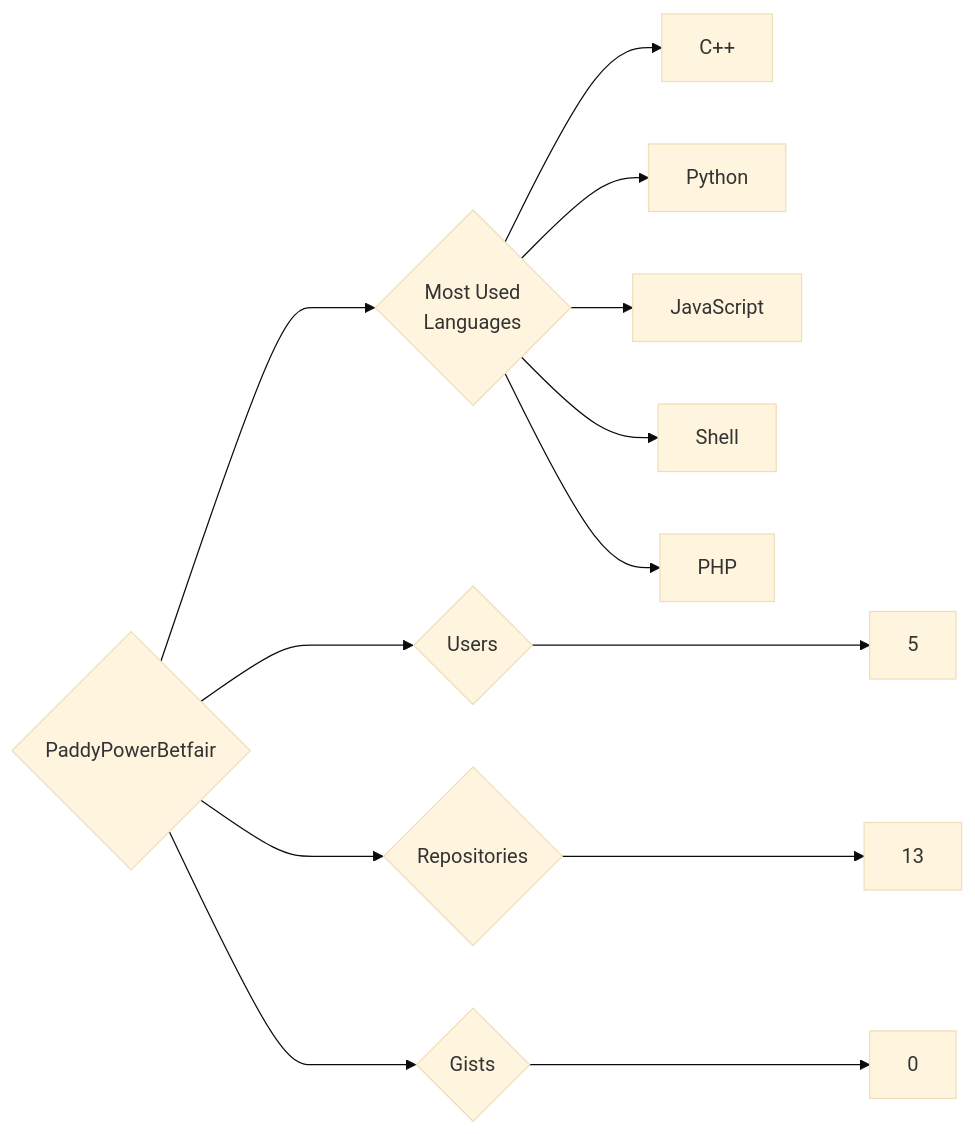
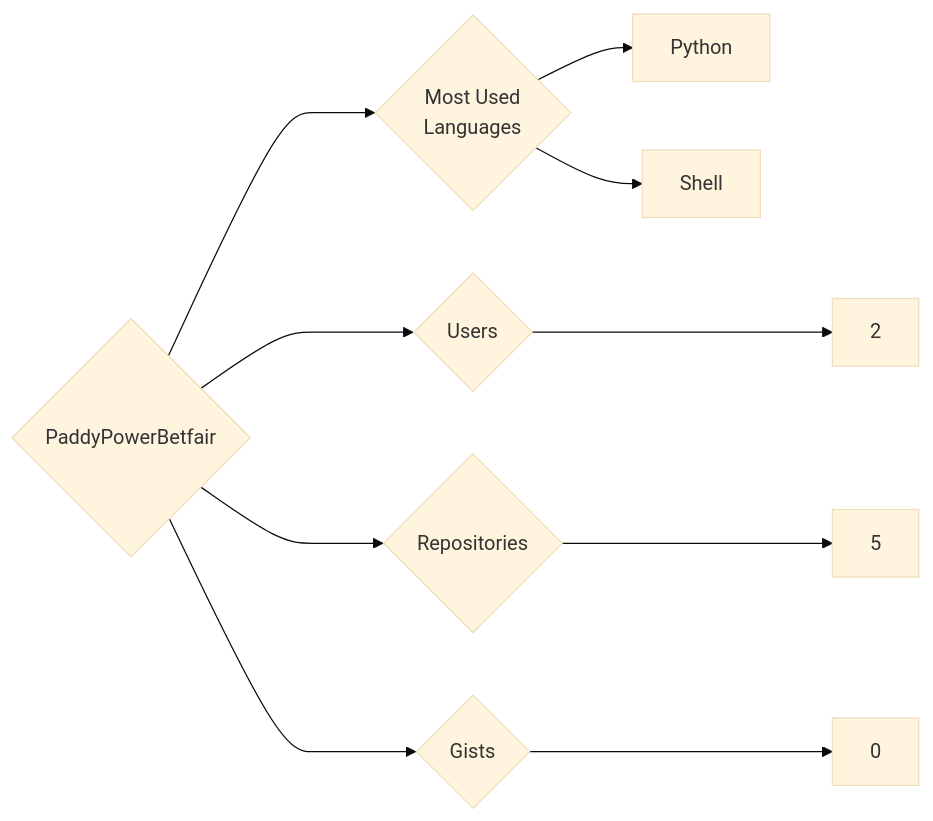
One commit to trickest/insiders changed the diagram in targets/PaddyPowerBetfair/README.md. Above: the diagram before and after it, drawn with Mermaid (base theme). The commit also changed 1389 other files, not shown here.

````diff
--- a/targets/PaddyPowerBetfair/README.md
+++ b/targets/PaddyPowerBetfair/README.md
@@ -3,13 +3,10 @@
 ```mermaid
 graph LR
 COMPANY_NAME{PaddyPowerBetfair}
-COMPANY_NAME ---> U{Users} ---> UN[5]
-COMPANY_NAME ---> R{Repositories} ---> RN[13]
+COMPANY_NAME ---> U{Users} ---> UN[2]
+COMPANY_NAME ---> R{Repositories} ---> RN[5]
 COMPANY_NAME ---> G{Gists} ---> GN[0]
 COMPANY_NAME ---> ML{Most Used<br>Languages}
-ML --> C++[C++]
 ML --> Python[Python]
-ML --> JavaScript[JavaScript]
 ML --> Shell[Shell]
-ML --> PHP[PHP]
 ```
````
